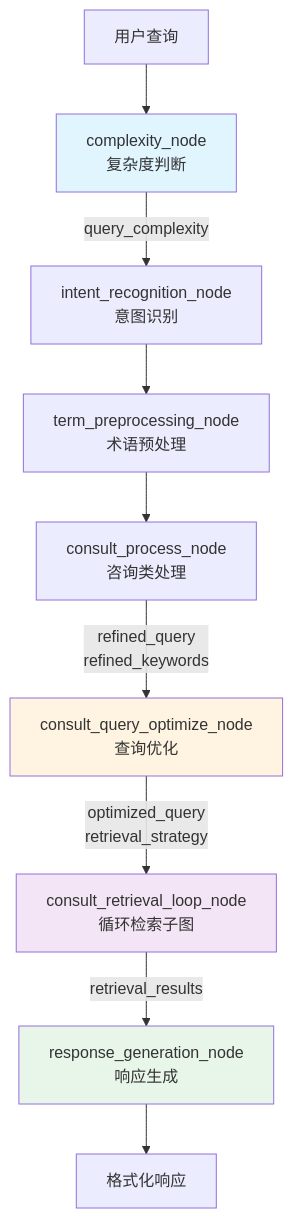
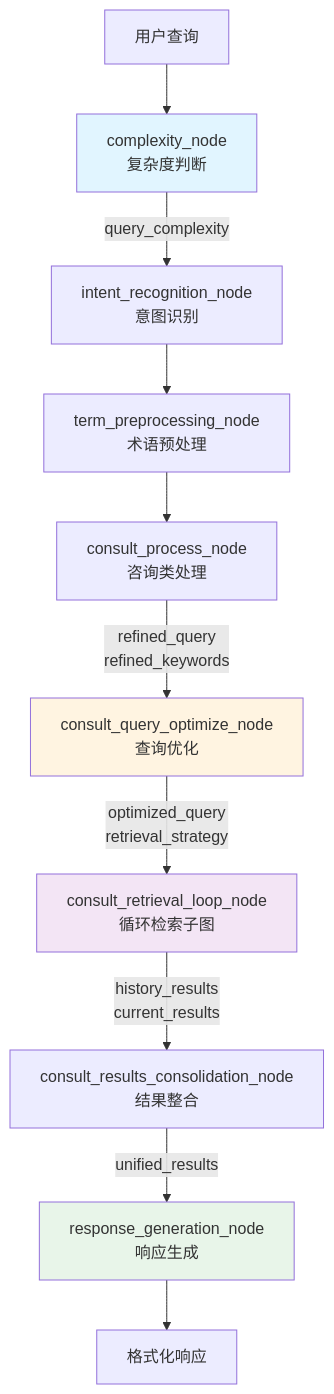
Before and after one commit to zzh-zzh66/Academic_Integrity_Assistant_final: the second of 7 diagrams in docs/workflow.md, drawn with Mermaid. The commit also changed other lines of this file and 2 other files, not shown here.

````diff
--- a/docs/workflow.md
+++ b/docs/workflow.md
@@ -80,20 +84,21 @@
 ```mermaid
 graph TD
     Input[用户查询] --> Complexity[complexity_node<br/>复杂度判断]
     Complexity -->|query_complexity| Intent[intent_recognition_node<br/>意图识别]
     Intent --> Term[term_preprocessing_node<br/>术语预处理]
     Term --> ConsultProcess[consult_process_node<br/>咨询类处理]
     
     ConsultProcess -->|refined_query<br/>refined_keywords| ConsultOptimize[consult_query_optimize_node<br/>查询优化]
     
     ConsultOptimize -->|optimized_query<br/>retrieval_strategy| ConsultLoop[consult_retrieval_loop_node<br/>循环检索子图]
     
-    ConsultLoop -->|retrieval_results| Response[response_generation_node<br/>响应生成]
+    ConsultLoop -->|history_results<br/>current_results| Consolidation[consult_results_consolidation_node<br/>结果整合]
+    Consolidation -->|unified_results| Response[response_generation_node<br/>响应生成]
     
     Response --> Output[格式化响应]
     
     style Complexity fill:#e1f5ff
     style ConsultOptimize fill:#fff4e1
     style ConsultLoop fill:#f3e5f5
     style Response fill:#e8f5e9
 ```
````
